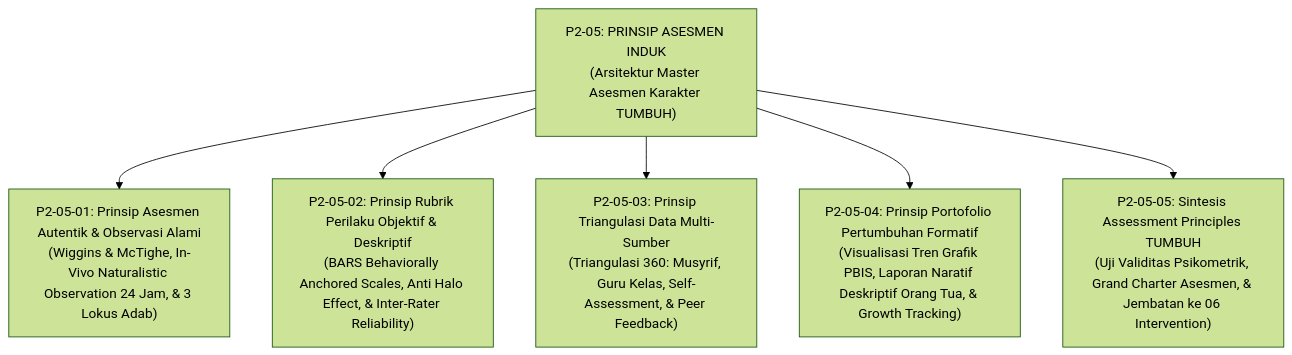
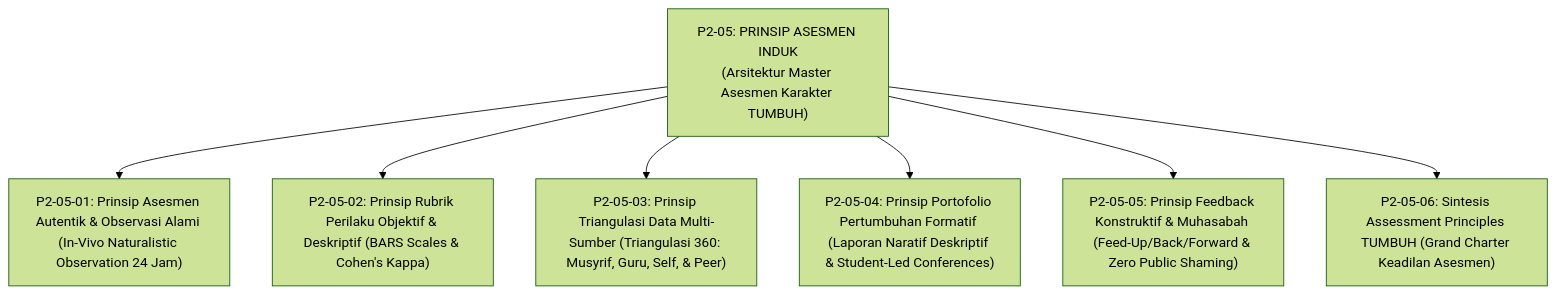
One commit to wandiapriliyandi/tumbuh changed the second of 3 diagrams in 02 Principles/05 Assessment Principles/P2-05-Prinsip-Asesmen-Karakter-TUMBUH.md. Above: the diagram before and after it, drawn with Mermaid (forest theme). The commit also changed other lines of this file and 32 other files, not shown here.

````diff
--- a/02 Principles/05 Assessment Principles/P2-05-Prinsip-Asesmen-Karakter-TUMBUH.md
+++ b/02 Principles/05 Assessment Principles/P2-05-Prinsip-Asesmen-Karakter-TUMBUH.md
@@ -68,10 +67,11 @@
 ```mermaid
 graph TD
     Master["P2-05: PRINSIP ASESMEN INDUK<br/>(Arsitektur Master Asesmen Karakter TUMBUH)"]
     
-    Master --> M1["P2-05-01: Prinsip Asesmen Autentik & Observasi Alami<br/>(Wiggins & McTighe, In-Vivo Naturalistic Observation 24 Jam, & 3 Lokus Adab)"]
-    Master --> M2["P2-05-02: Prinsip Rubrik Perilaku Objektif & Deskriptif<br/>(BARS Behaviorally Anchored Scales, Anti Halo Effect, & Inter-Rater Reliability)"]
-    Master --> M3["P2-05-03: Prinsip Triangulasi Data Multi-Sumber<br/>(Triangulasi 360: Musyrif, Guru Kelas, Self-Assessment, & Peer Feedback)"]
-    Master --> M4["P2-05-04: Prinsip Portofolio Pertumbuhan Formatif<br/>(Visualisasi Tren Grafik PBIS, Laporan Naratif Deskriptif Orang Tua, & Growth Tracking)"]
-    Master --> M5["P2-05-05: Sintesis Assessment Principles TUMBUH<br/>(Uji Validitas Psikometrik, Grand Charter Asesmen, & Jembatan ke 06 Intervention)"]
+    Master --> M1["P2-05-01: Prinsip Asesmen Autentik & Observasi Alami (In-Vivo Naturalistic Observation 24 Jam)"]
+    Master --> M2["P2-05-02: Prinsip Rubrik Perilaku Objektif & Deskriptif (BARS Scales & Cohen's Kappa)"]
+    Master --> M3["P2-05-03: Prinsip Triangulasi Data Multi-Sumber (Triangulasi 360: Musyrif, Guru, Self, & Peer)"]
+    Master --> M4["P2-05-04: Prinsip Portofolio Pertumbuhan Formatif (Laporan Naratif Deskriptif & Student-Led Conferences)"]
+    Master --> M5["P2-05-05: Prinsip Feedback Konstruktif & Muhasabah (Feed-Up/Back/Forward & Zero Public Shaming)"]
+    Master --> M6["P2-05-06: Sintesis Assessment Principles TUMBUH (Grand Charter Keadilan Asesmen)"]
 ```
````
